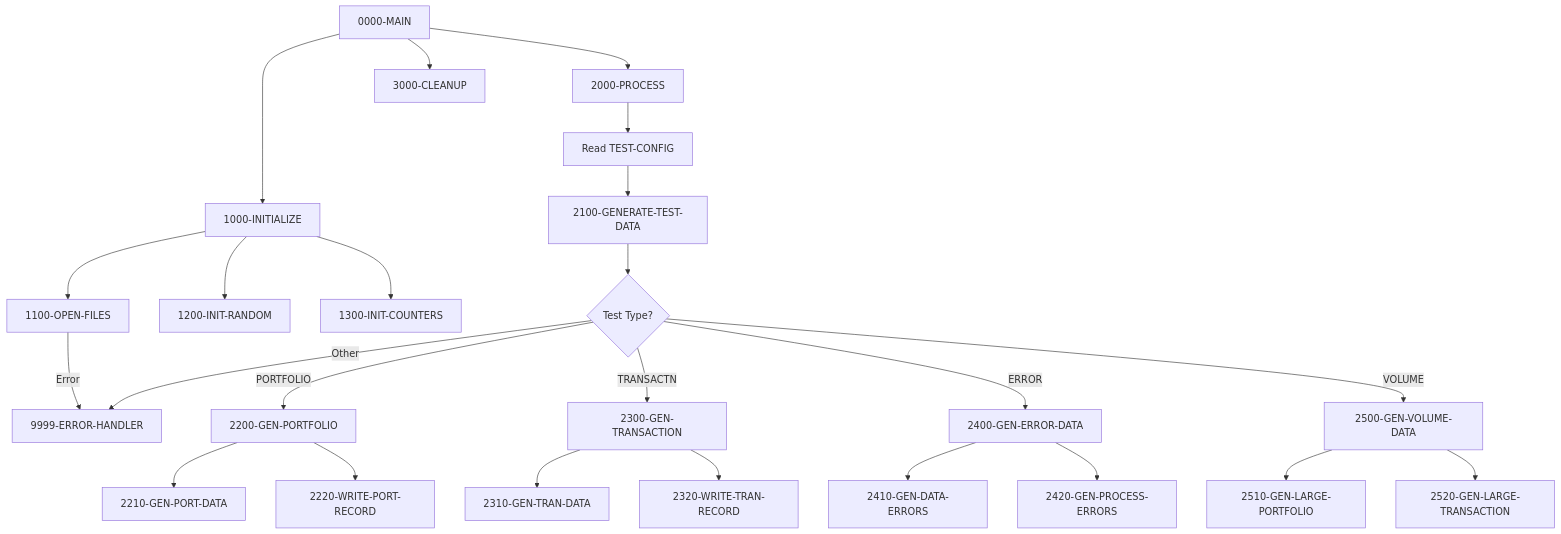
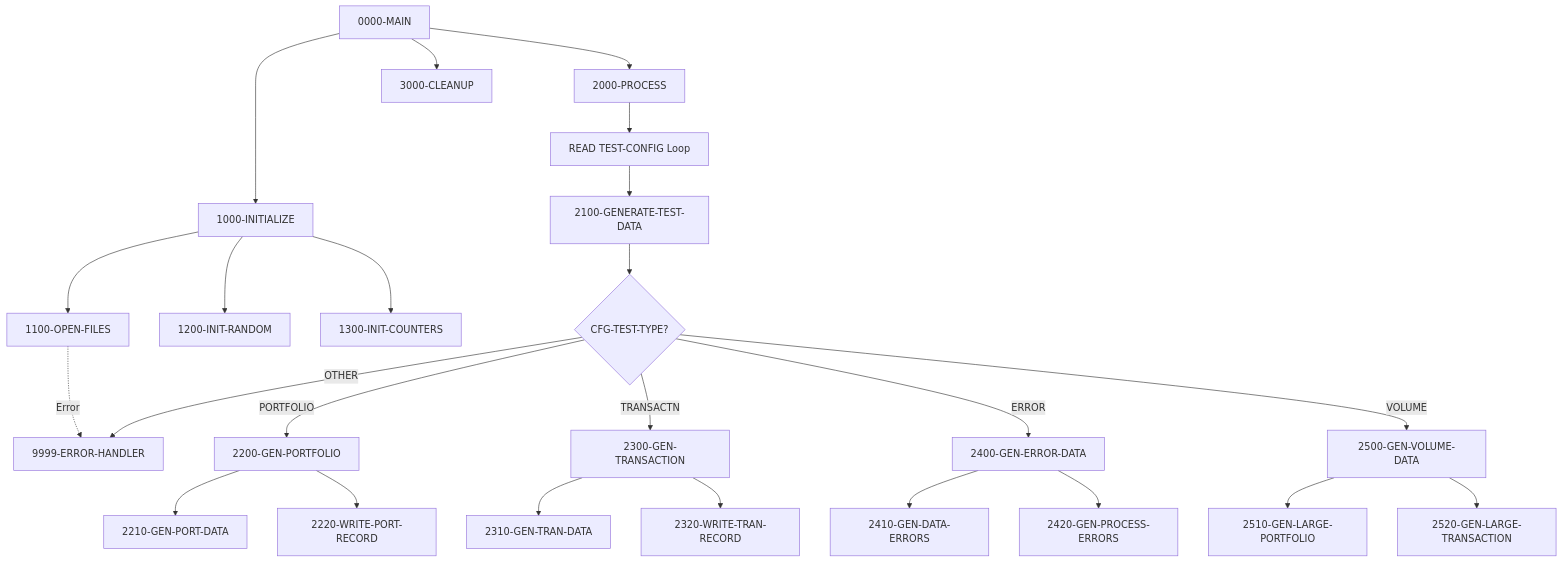
The diagram in docs/programs/TSTGEN00.mdx (haladir-com/legacy-benchmark-docs-vb70e1), drawn with Mermaid before and after one commit. The commit also changed other lines of this file and 63 other files, not shown here.

````diff
--- a/docs/programs/TSTGEN00.mdx
+++ b/docs/programs/TSTGEN00.mdx
@@ -24,34 +29,34 @@
 ```mermaid
 graph TD
     A[0000-MAIN] --> B[1000-INITIALIZE]
     A --> C[2000-PROCESS]
     A --> D[3000-CLEANUP]
     
     B --> B1[1100-OPEN-FILES]
     B --> B2[1200-INIT-RANDOM]
     B --> B3[1300-INIT-COUNTERS]
     
-    B1 -->|Error| E[9999-ERROR-HANDLER]
+    B1 -.->|Error| E[9999-ERROR-HANDLER]
     
-    C --> C1[Read TEST-CONFIG]
+    C --> C1[READ TEST-CONFIG Loop]
     C1 --> C2[2100-GENERATE-TEST-DATA]
-    C2 --> C3{Test Type?}
     
-    C3 -->|PORTFOLIO| D1[2200-GEN-PORTFOLIO]
-    C3 -->|TRANSACTN| D2[2300-GEN-TRANSACTION]
-    C3 -->|ERROR| D3[2400-GEN-ERROR-DATA]
-    C3 -->|VOLUME| D4[2500-GEN-VOLUME-DATA]
-    C3 -->|Other| E
+    C2 --> C3{CFG-TEST-TYPE?}
+    C3 -->|PORTFOLIO| C4[2200-GEN-PORTFOLIO]
+    C3 -->|TRANSACTN| C5[2300-GEN-TRANSACTION]
+    C3 -->|ERROR| C6[2400-GEN-ERROR-DATA]
+    C3 -->|VOLUME| C7[2500-GEN-VOLUME-DATA]
+    C3 -->|OTHER| E
     
-    D1 --> D1A[2210-GEN-PORT-DATA]
-    D1 --> D1B[2220-WRITE-PORT-RECORD]
+    C4 --> C4A[2210-GEN-PORT-DATA]
+    C4 --> C4B[2220-WRITE-PORT-RECORD]
     
-    D2 --> D2A[2310-GEN-TRAN-DATA]
-    D2 --> D2B[2320-WRITE-TRAN-RECORD]
+    C5 --> C5A[2310-GEN-TRAN-DATA]
+    C5 --> C5B[2320-WRITE-TRAN-RECORD]
     
-    D3 --> D3A[2410-GEN-DATA-ERRORS]
-    D3 --> D3B[2420-GEN-PROCESS-ERRORS]
+    C6 --> C6A[2410-GEN-DATA-ERRORS]
+    C6 --> C6B[2420-GEN-PROCESS-ERRORS]
     
-    D4 --> D4A[2510-GEN-LARGE-PORTFOLIO]
-    D4 --> D4B[2520-GEN-LARGE-TRANSACTION]
+    C7 --> C7A[2510-GEN-LARGE-PORTFOLIO]
+    C7 --> C7B[2520-GEN-LARGE-TRANSACTION]
 ```
````
